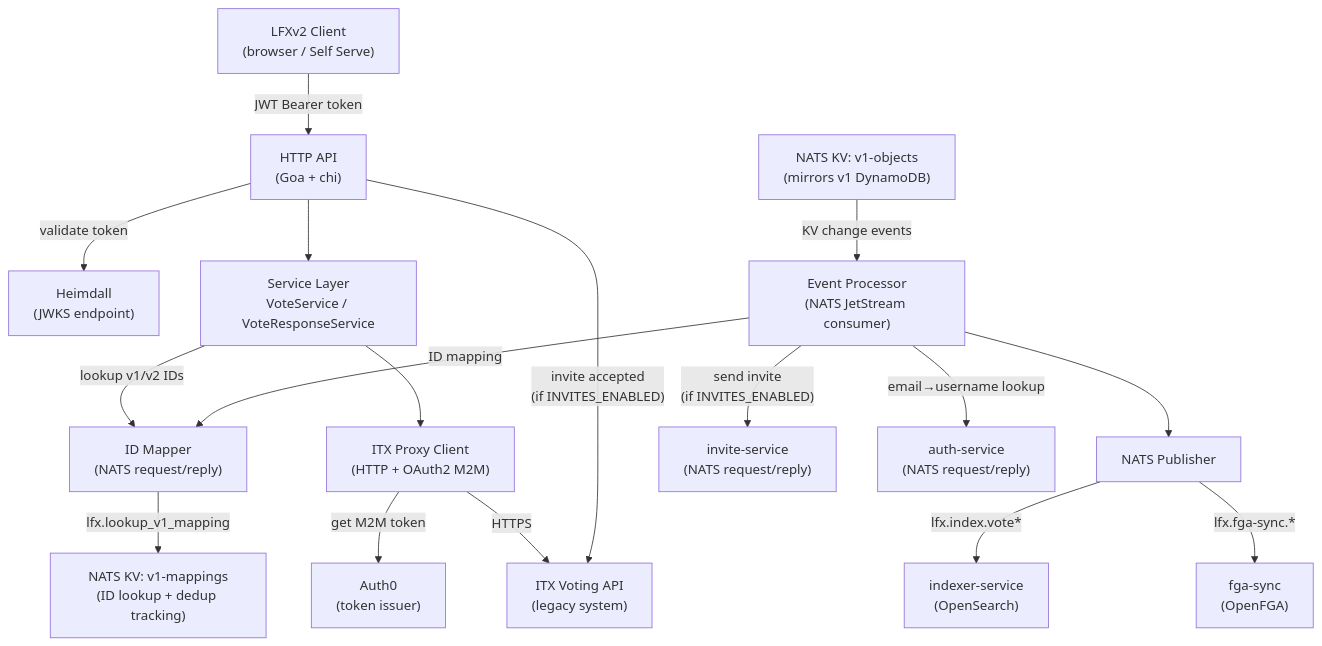
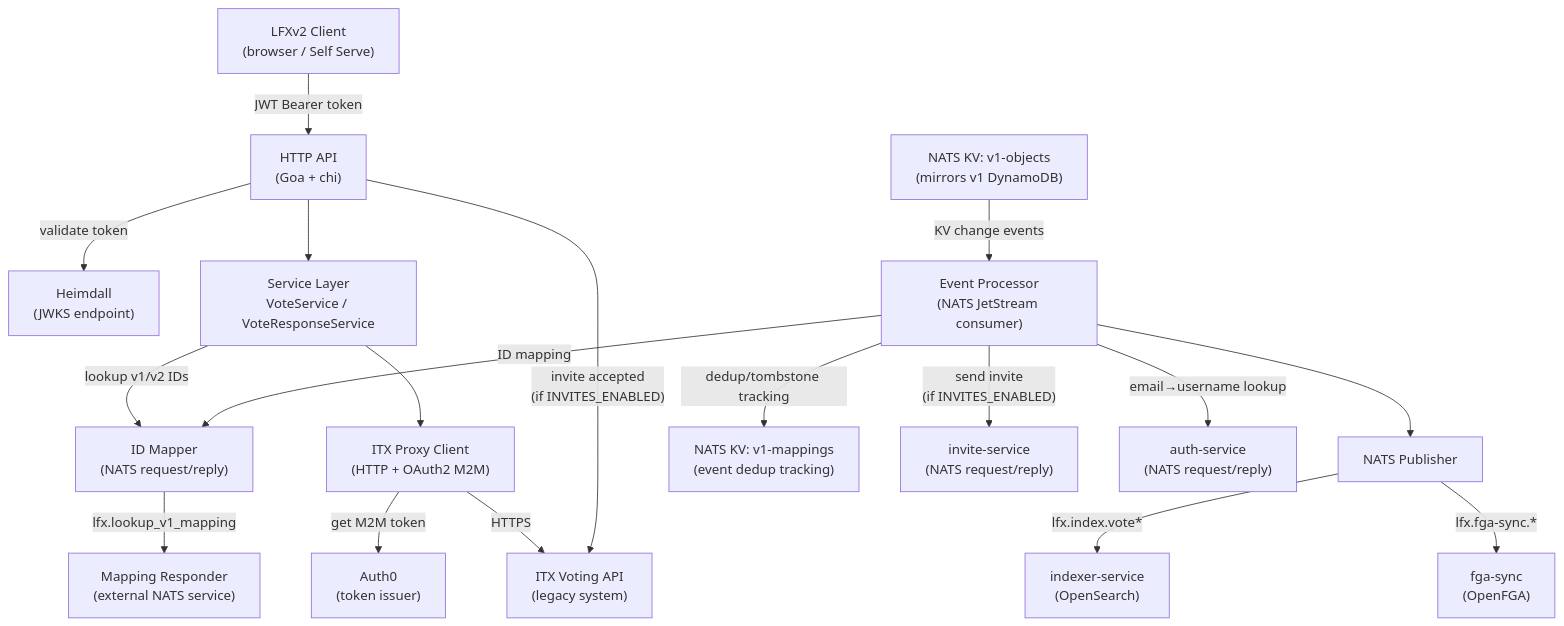
One commit to linuxfoundation/lfx-v2-voting-service changed the diagram in docs/architecture/overview.md. Above: the diagram before and after it, drawn with Mermaid. The commit also changed 5 other files, not shown here.

````diff
--- a/docs/architecture/overview.md
+++ b/docs/architecture/overview.md
@@ -39,38 +39,40 @@
 ```mermaid
 flowchart TD
     Client["LFXv2 Client\n(browser / Self Serve)"]
     Heimdall["Heimdall\n(JWKS endpoint)"]
     API["HTTP API\n(Goa + chi)"]
     Service["Service Layer\nVoteService / VoteResponseService"]
     IDMapper["ID Mapper\n(NATS request/reply)"]
+    MappingResponder["Mapping Responder\n(external NATS service)"]
     Proxy["ITX Proxy Client\n(HTTP + OAuth2 M2M)"]
     Auth0["Auth0\n(token issuer)"]
     ITX["ITX Voting API\n(legacy system)"]
     EventProc["Event Processor\n(NATS JetStream consumer)"]
     NATSPublisher["NATS Publisher"]
     Indexer["indexer-service\n(OpenSearch)"]
     FGASync["fga-sync\n(OpenFGA)"]
     V1KV["NATS KV: v1-objects\n(mirrors v1 DynamoDB)"]
-    V1Mappings["NATS KV: v1-mappings\n(ID lookup + dedup tracking)"]
+    V1Mappings["NATS KV: v1-mappings\n(event dedup tracking)"]
     InviteService["invite-service\n(NATS request/reply)"]
     AuthService["auth-service\n(NATS request/reply)"]
 
     Client -->|"JWT Bearer token"| API
     API -->|"validate token"| Heimdall
     API --> Service
     Service -->|"lookup v1/v2 IDs"| IDMapper
-    IDMapper -->|"lfx.lookup_v1_mapping"| V1Mappings
+    IDMapper -->|"lfx.lookup_v1_mapping"| MappingResponder
     Service --> Proxy
     Proxy -->|"get M2M token"| Auth0
     Proxy -->|"HTTPS"| ITX
 
     V1KV -->|"KV change events"| EventProc
     EventProc -->|"ID mapping"| IDMapper
+    EventProc -->|"dedup/tombstone tracking"| V1Mappings
     EventProc --> NATSPublisher
     NATSPublisher -->|"lfx.index.vote*"| Indexer
     NATSPublisher -->|"lfx.fga-sync.*"| FGASync
 
     EventProc -->|"send invite\n(if INVITES_ENABLED)"| InviteService
     EventProc -->|"email→username lookup"| AuthService
     API -->|"invite accepted\n(if INVITES_ENABLED)"| ITX
 ```
````
